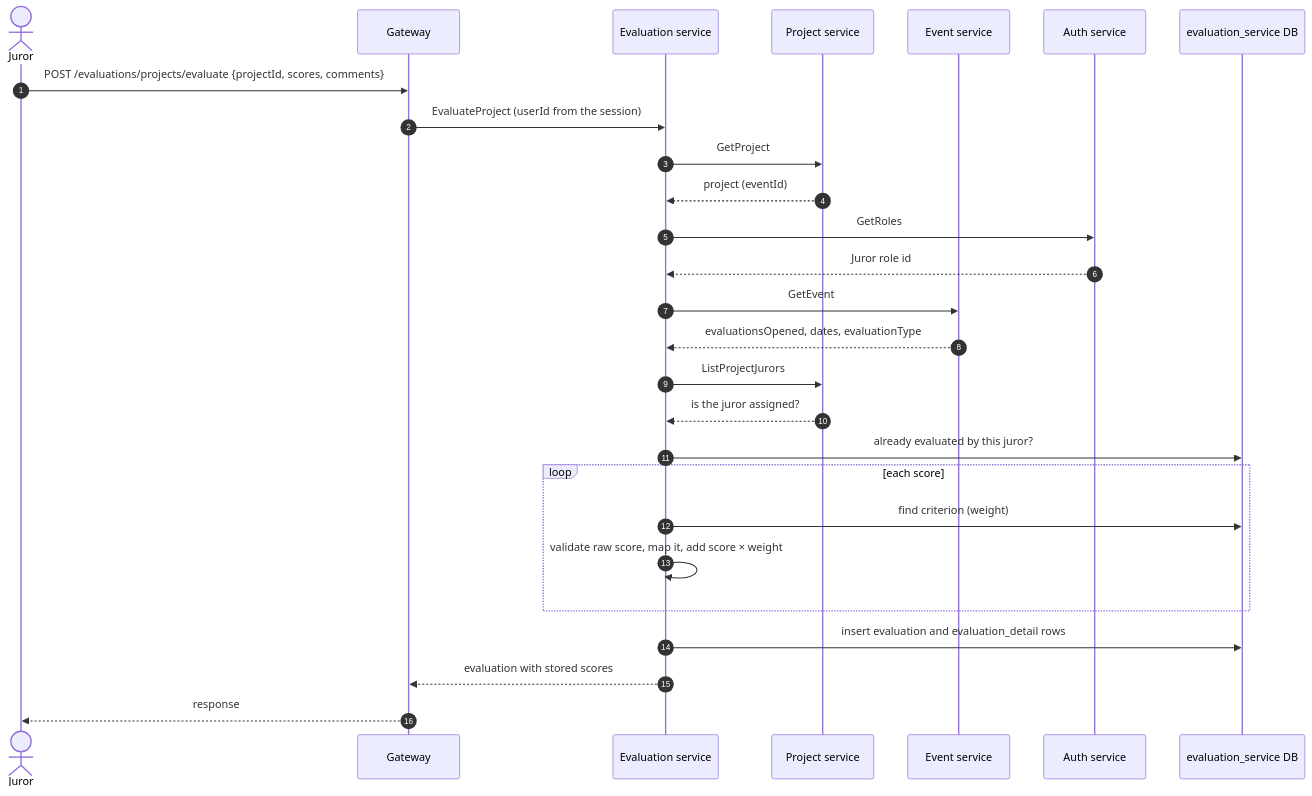
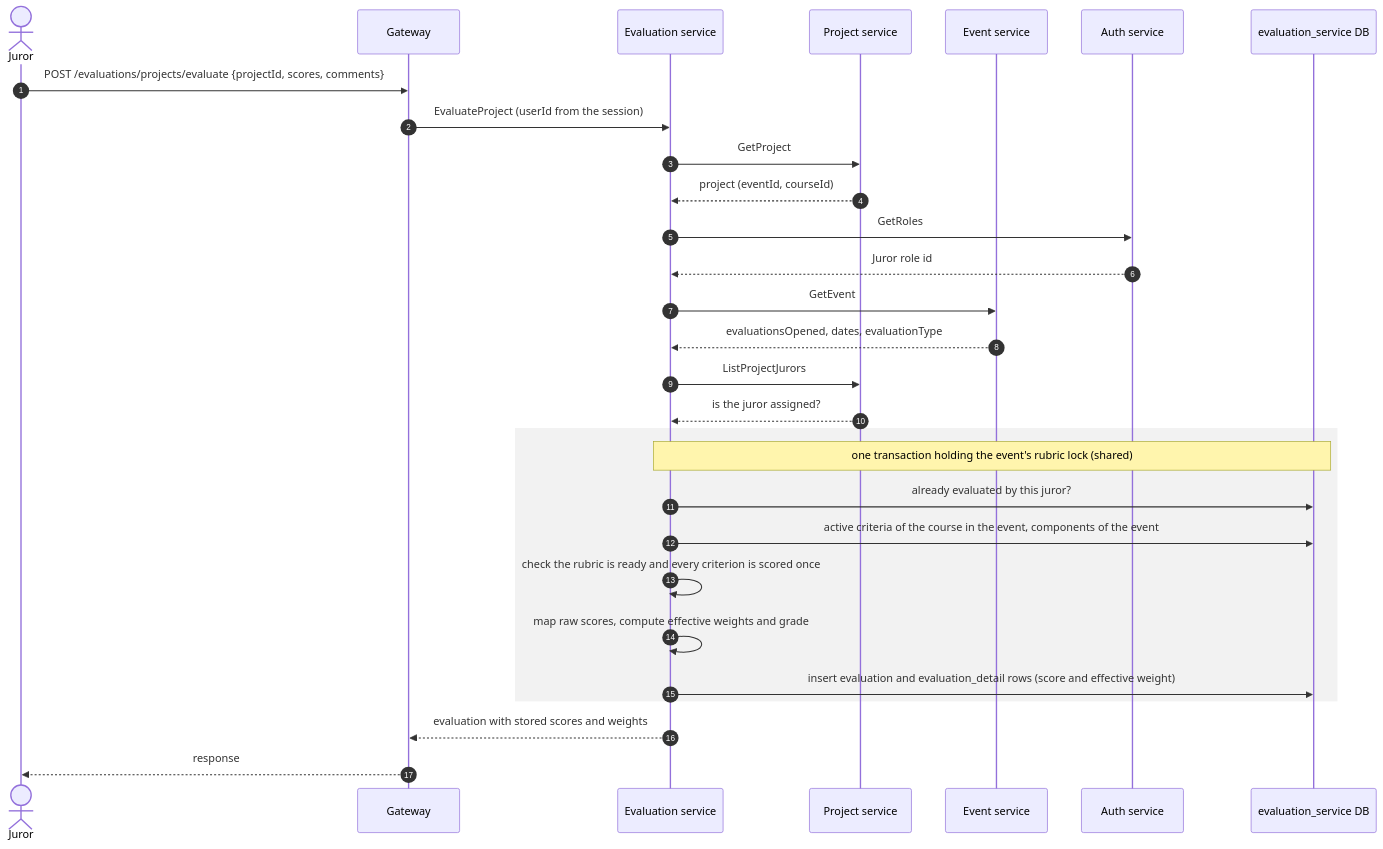
The diagram in docs/evaluation-service/README.md (PCPI-UN/Iris), drawn with Mermaid before and after one commit. The commit also changed other lines of this file and 1 other file, not shown here.

Commit message:
[CU-86e3vmxar]: document the evaluation rubric and grade rules in the evaluation-service README and schema

````diff
--- a/docs/evaluation-service/README.md
+++ b/docs/evaluation-service/README.md
@@ -54,30 +73,32 @@
 ```mermaid
 sequenceDiagram
     autonumber
     actor J as Juror
     participant GW as Gateway
     participant EV as Evaluation service
     participant P as Project service
     participant E as Event service
     participant A as Auth service
     participant DB as evaluation_service DB
 
     J->>GW: POST /evaluations/projects/evaluate {projectId, scores, comments}
     GW->>EV: EvaluateProject (userId from the session)
     EV->>P: GetProject
-    P-->>EV: project (eventId)
+    P-->>EV: project (eventId, courseId)
     EV->>A: GetRoles
     A-->>EV: Juror role id
     EV->>E: GetEvent
     E-->>EV: evaluationsOpened, dates, evaluationType
     EV->>P: ListProjectJurors
     P-->>EV: is the juror assigned?
-    EV->>DB: already evaluated by this juror?
-    loop each score
-        EV->>DB: find criterion (weight)
-        EV->>EV: validate raw score, map it, add score × weight
+    rect rgba(128, 128, 128, 0.1)
+        Note over EV,DB: one transaction holding the event's rubric lock (shared)
+        EV->>DB: already evaluated by this juror?
+        EV->>DB: active criteria of the course in the event, components of the event
+        EV->>EV: check the rubric is ready and every criterion is scored once
+        EV->>EV: map raw scores, compute effective weights and grade
+        EV->>DB: insert evaluation and evaluation_detail rows (score and effective weight)
     end
-    EV->>DB: insert evaluation and evaluation_detail rows
-    EV-->>GW: evaluation with stored scores
+    EV-->>GW: evaluation with stored scores and weights
     GW-->>J: response
 ```
````
